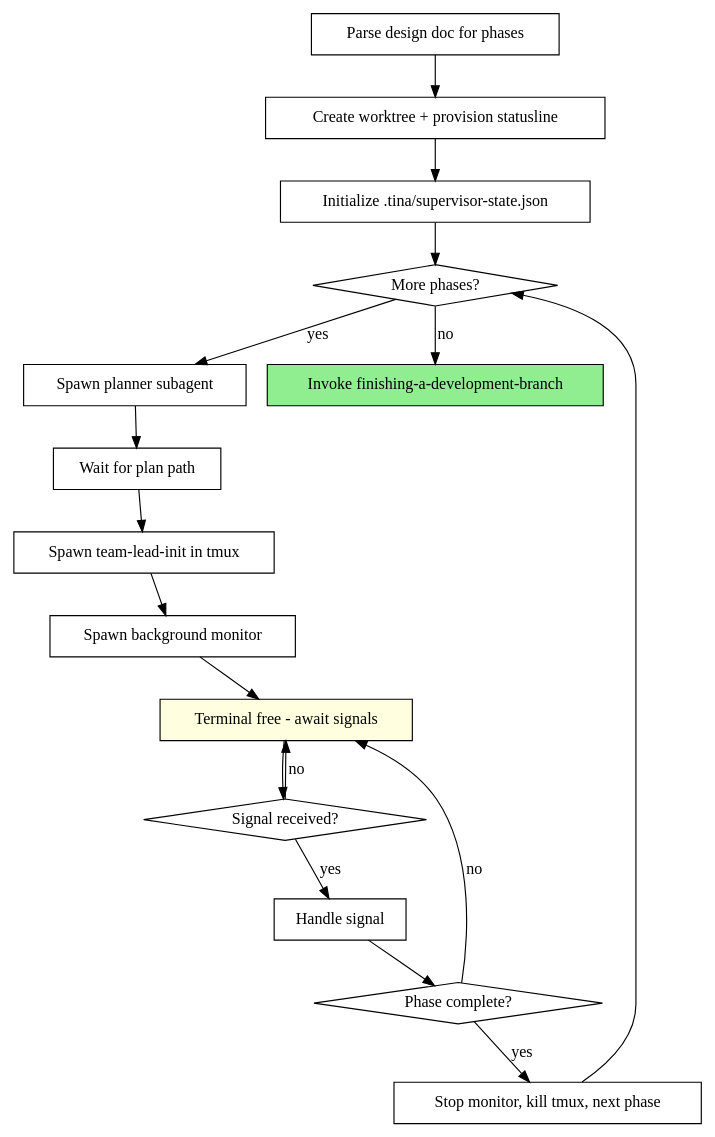
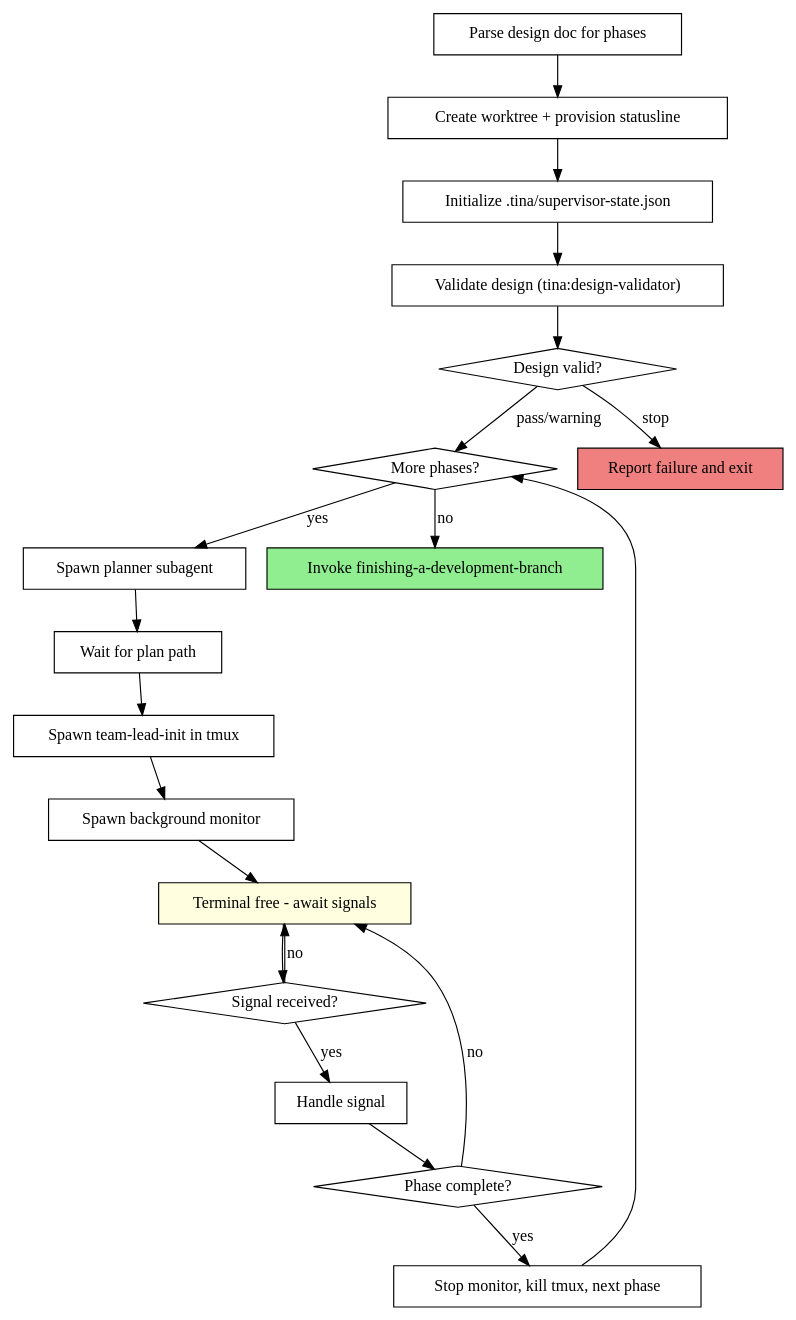
One commit to joshuabates/tina changed the diagram in skills/orchestrate/SKILL.md. Above: the diagram before and after it, drawn with Graphviz. The commit also changed other lines of this file, not shown here.

Commit message:
feat: add design validator gate to orchestrator

````diff
--- a/skills/orchestrate/SKILL.md
+++ b/skills/orchestrate/SKILL.md
@@ -52,37 +52,43 @@
 ```dot
 digraph orchestrate {
     rankdir=TB;
 
     "Parse design doc for phases" [shape=box];
     "Create worktree + provision statusline" [shape=box];
     "Initialize .tina/supervisor-state.json" [shape=box];
     "More phases?" [shape=diamond];
     "Spawn planner subagent" [shape=box];
     "Wait for plan path" [shape=box];
     "Spawn team-lead-init in tmux" [shape=box];
     "Spawn background monitor" [shape=box];
     "Terminal free - await signals" [shape=box style=filled fillcolor=lightyellow];
     "Signal received?" [shape=diamond];
     "Handle signal" [shape=box];
     "Phase complete?" [shape=diamond];
     "Stop monitor, kill tmux, next phase" [shape=box];
     "Invoke finishing-a-development-branch" [shape=box style=filled fillcolor=lightgreen];
 
     "Parse design doc for phases" -> "Create worktree + provision statusline";
     "Create worktree + provision statusline" -> "Initialize .tina/supervisor-state.json";
-    "Initialize .tina/supervisor-state.json" -> "More phases?";
+    "Initialize .tina/supervisor-state.json" -> "Validate design (tina:design-validator)";
+    "Validate design (tina:design-validator)" [shape=box];
+    "Design valid?" [shape=diamond];
+    "Validate design (tina:design-validator)" -> "Design valid?";
+    "Design valid?" -> "More phases?" [label="pass/warning"];
+    "Design valid?" -> "Report failure and exit" [label="stop"];
+    "Report failure and exit" [shape=box style=filled fillcolor=lightcoral];
     "More phases?" -> "Spawn planner subagent" [label="yes"];
     "Spawn planner subagent" -> "Wait for plan path";
     "Wait for plan path" -> "Spawn team-lead-init in tmux";
     "Spawn team-lead-init in tmux" -> "Spawn background monitor";
     "Spawn background monitor" -> "Terminal free - await signals";
     "Terminal free - await signals" -> "Signal received?";
     "Signal received?" -> "Terminal free - await signals" [label="no"];
     "Signal received?" -> "Handle signal" [label="yes"];
     "Handle signal" -> "Phase complete?";
     "Phase complete?" -> "Terminal free - await signals" [label="no"];
     "Phase complete?" -> "Stop monitor, kill tmux, next phase" [label="yes"];
     "Stop monitor, kill tmux, next phase" -> "More phases?";
     "More phases?" -> "Invoke finishing-a-development-branch" [label="no"];
 }
 ```
````
